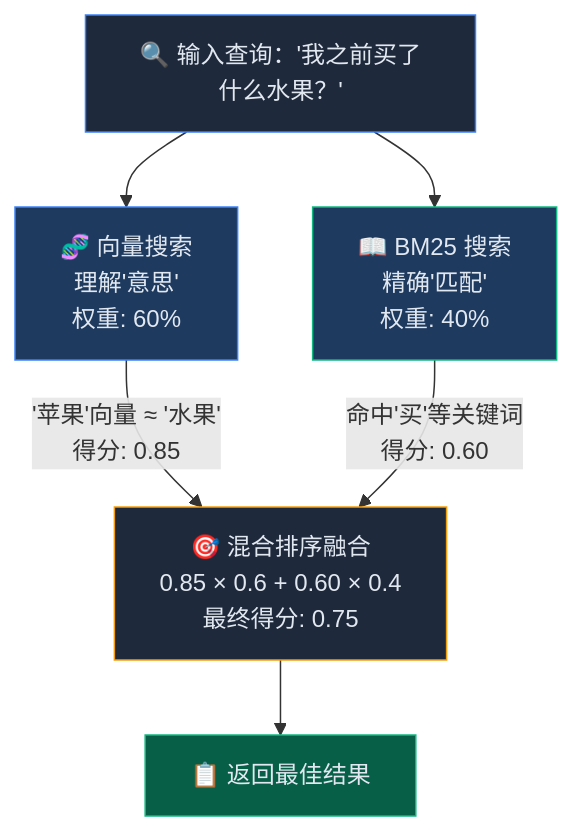
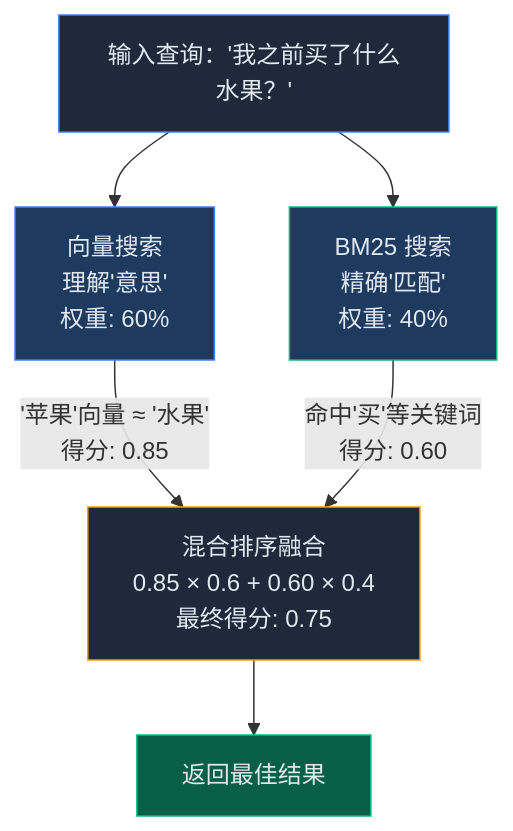
The first of 2 diagrams in README.md (Likefr/SummerMemory), drawn with Mermaid before and after one commit. The commit also changed other lines of this file, not shown here.

Commit message:
docs: 去掉表格图标，保持简洁专业

````diff
--- a/README.md
+++ b/README.md
@@ -76,19 +76,19 @@
 ```mermaid
 flowchart TD
-    Q["🔍 输入查询：'我之前买了什么水果？'"]
+    Q["输入查询：'我之前买了什么水果？'"]
 
-    Q --> Vector["🧬 向量搜索\n理解'意思'\n权重: 60%"]
-    Q --> BM25["📖 BM25 搜索\n精确'匹配'\n权重: 40%"]
+    Q --> Vector["向量搜索\n理解'意思'\n权重: 60%"]
+    Q --> BM25["BM25 搜索\n精确'匹配'\n权重: 40%"]
 
     Vector -->|"'苹果'向量 ≈ '水果'\n得分: 0.85"| Merge
     BM25 -->|"命中'买'等关键词\n得分: 0.60"| Merge
 
-    Merge["🎯 混合排序融合\n0.85 × 0.6 + 0.60 × 0.4\n最终得分: 0.75"]
-    Merge --> Result["📋 返回最佳结果"]
+    Merge["混合排序融合\n0.85 × 0.6 + 0.60 × 0.4\n最终得分: 0.75"]
+    Merge --> Result["返回最佳结果"]
 
     style Q fill:#1e293b,stroke:#3b82f6,color:#e2e8f0
     style Vector fill:#1e3a5f,stroke:#3b82f6,color:#e2e8f0
     style BM25 fill:#1e3a5f,stroke:#10b981,color:#e2e8f0
     style Merge fill:#1e293b,stroke:#f59e0b,color:#e2e8f0
     style Result fill:#065f46,stroke:#10b981,color:#e2e8f0
 ```
````
